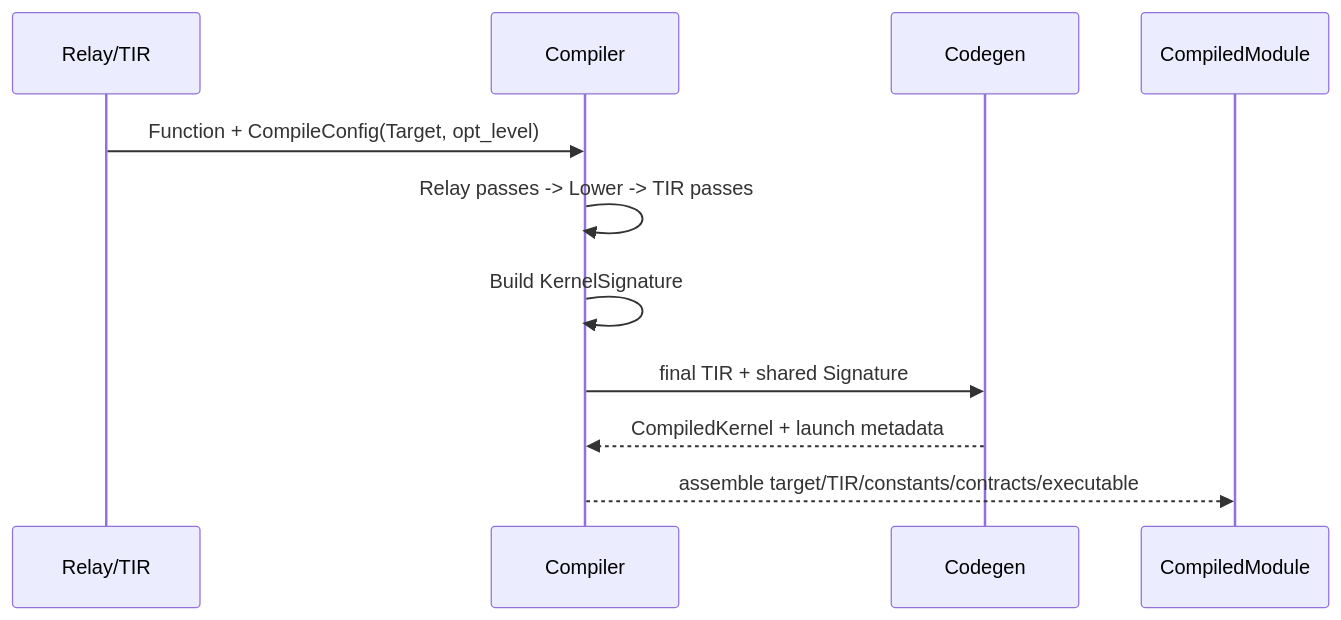
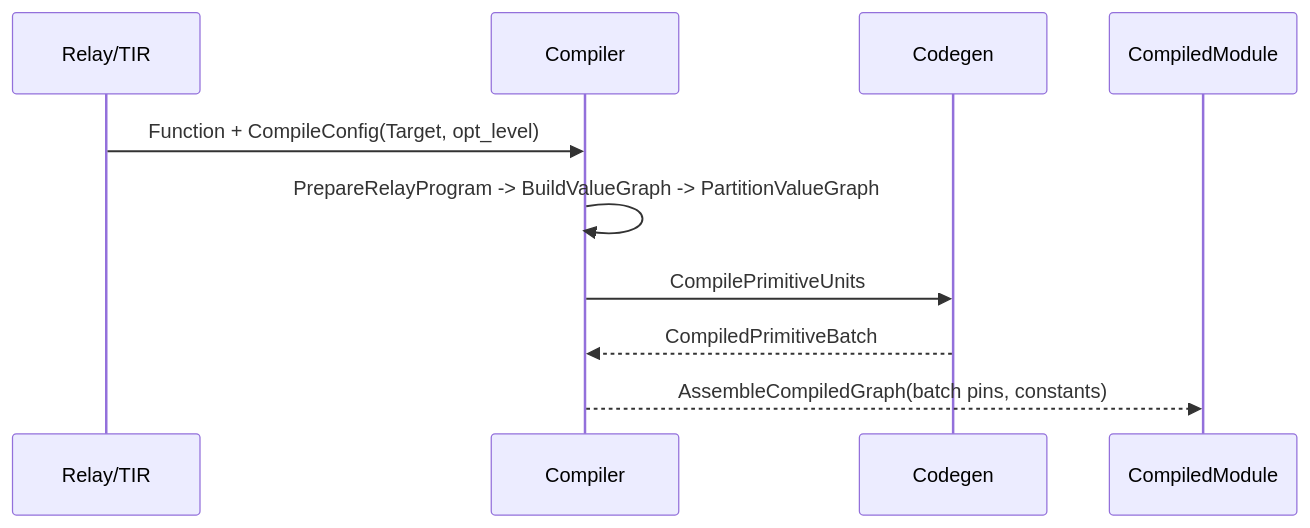
Before and after one commit to KDZZZZZZ/hdkx-aicompiler: the second of 3 diagrams in docs/DEVICE_MODEL.md, drawn with Mermaid. The commit also changed other lines of this file and 10 other files, not shown here.

````diff
--- a/docs/DEVICE_MODEL.md
+++ b/docs/DEVICE_MODEL.md
@@ -608,14 +598,13 @@
 ```mermaid
 sequenceDiagram
     participant R as Relay/TIR
     participant C as Compiler
     participant G as Codegen
     participant M as CompiledModule
 
     R->>C: Function + CompileConfig(Target, opt_level)
-    C->>C: Relay passes -> Lower -> TIR passes
-    C->>C: Build KernelSignature
-    C->>G: final TIR + shared Signature
-    G-->>C: CompiledKernel + launch metadata
-    C-->>M: assemble target/TIR/constants/contracts/executable
+    C->>C: PrepareRelayProgram -> BuildValueGraph -> PartitionValueGraph
+    C->>G: CompilePrimitiveUnits
+    G-->>C: CompiledPrimitiveBatch
+    C-->>M: AssembleCompiledGraph(batch pins, constants)
 ```
````
